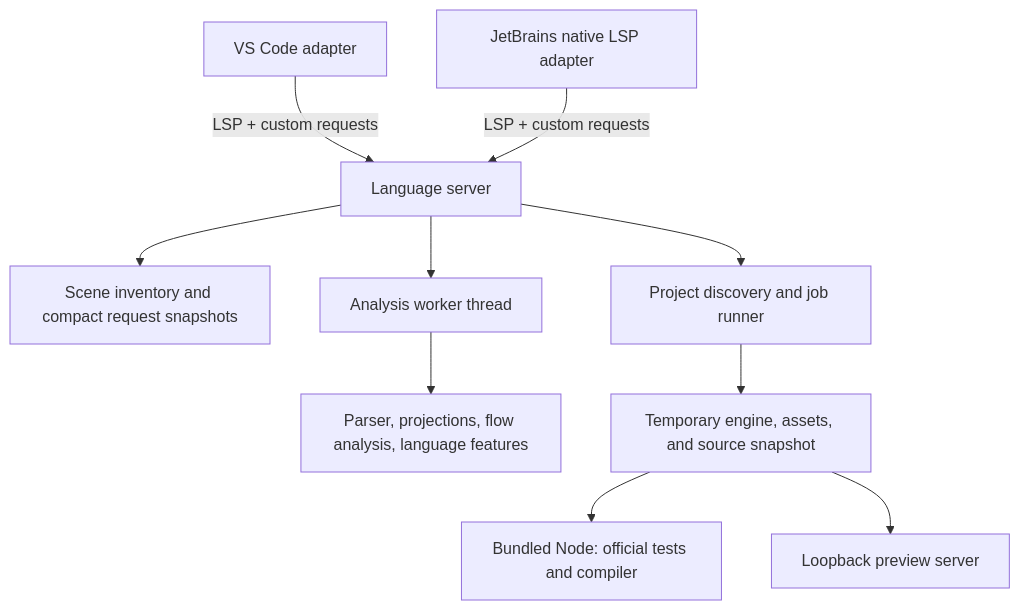
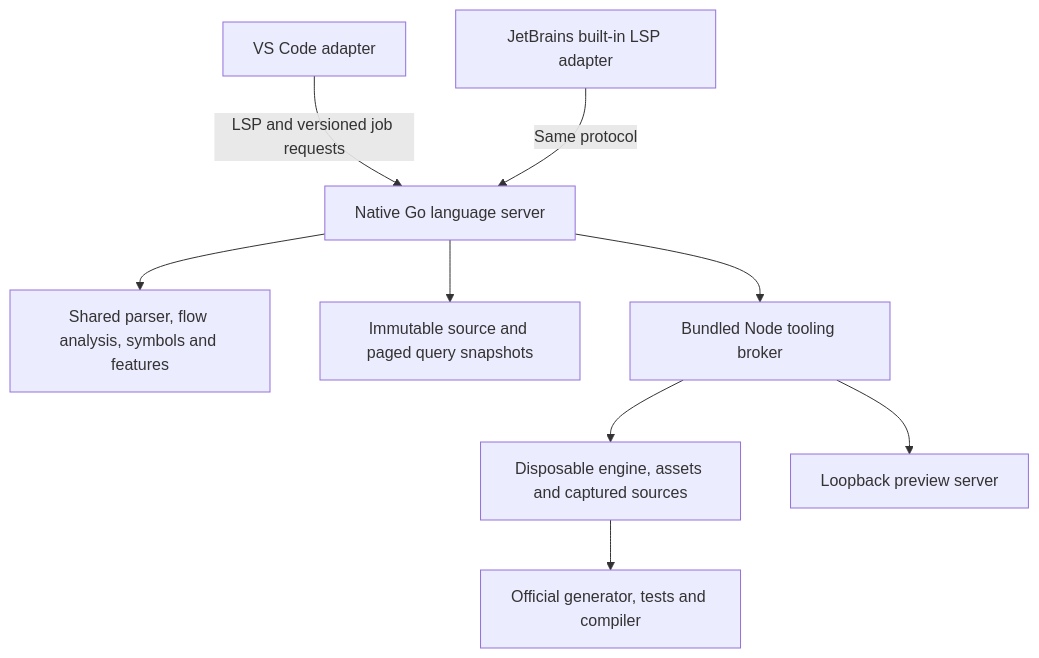
Before and after one commit to bifoil/bifoil-choicescript: the diagram in docs/architecture.md, drawn with Mermaid. The commit also changed other lines of this file and 24 other files, not shown here.

First line of the commit message:
docs: describe native architecture and verification limits

````diff
--- a/docs/architecture.md
+++ b/docs/architecture.md
@@ -7,12 +8,11 @@
 ```mermaid
 flowchart TD
-    VS["VS Code adapter"] -->|"LSP + custom requests"| LS["Language server"]
-    JB["JetBrains native LSP adapter"] -->|"LSP + custom requests"| LS
-    LS --> IX["Scene inventory and compact request snapshots"]
-    LS --> AW["Analysis worker thread"]
-    AW --> CORE["Parser, projections, flow analysis, language features"]
-    LS --> TOOL["Project discovery and job runner"]
-    TOOL --> STAGE["Temporary engine, assets, and source snapshot"]
-    STAGE --> CHILD["Bundled Node: official tests and compiler"]
-    STAGE --> HTTP["Loopback preview server"]
+    VS["VS Code adapter"] -->|"LSP and versioned job requests"| LS["Native Go language server"]
+    JB["JetBrains built-in LSP adapter"] -->|"Same protocol"| LS
+    LS --> CORE["Shared parser, flow analysis, symbols and features"]
+    LS --> IX["Immutable source and paged query snapshots"]
+    LS --> TOOL["Bundled Node tooling broker"]
+    TOOL --> STAGE["Disposable engine, assets and captured sources"]
+    STAGE --> CHILD["Official generator, tests and compiler"]
+    TOOL --> HTTP["Loopback preview server"]
 ```
````
